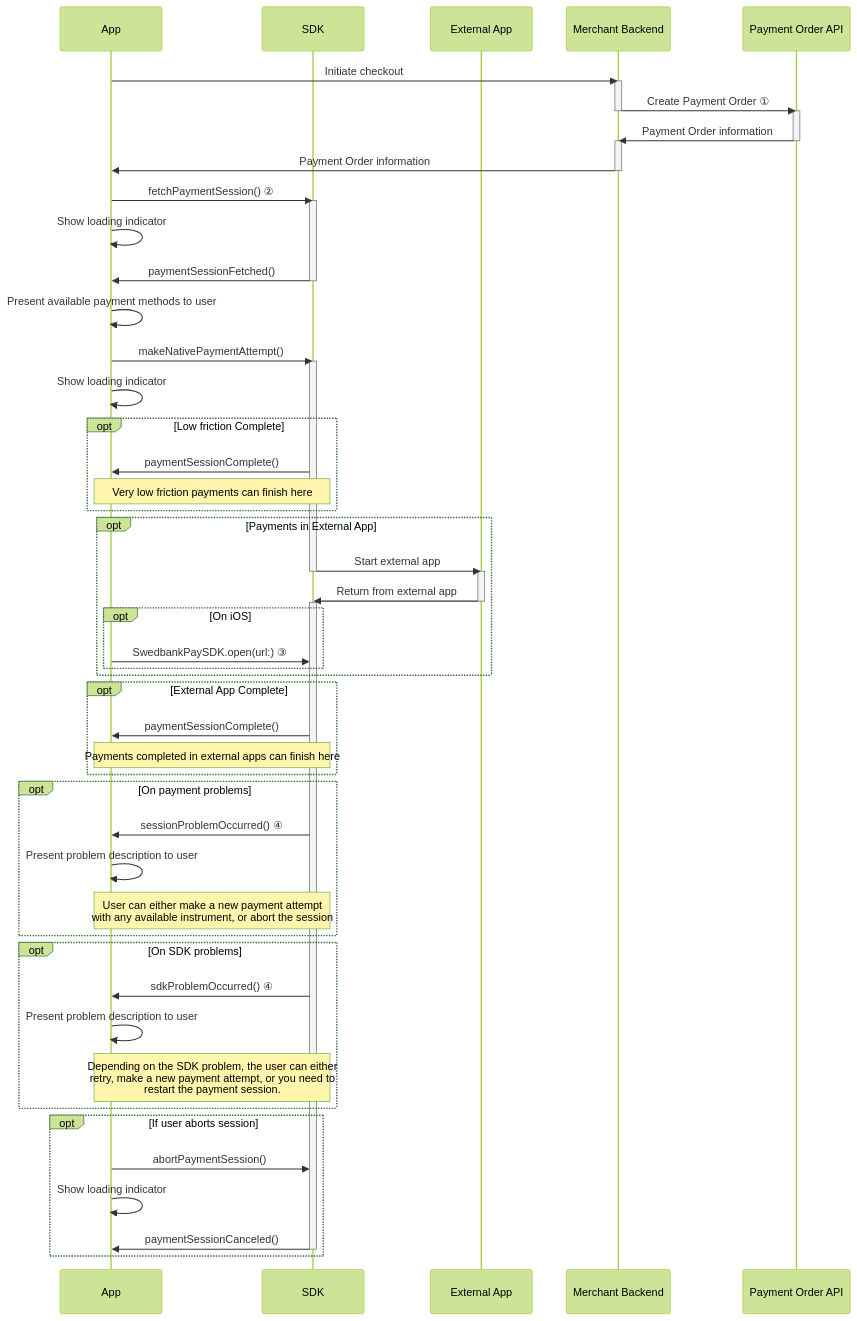
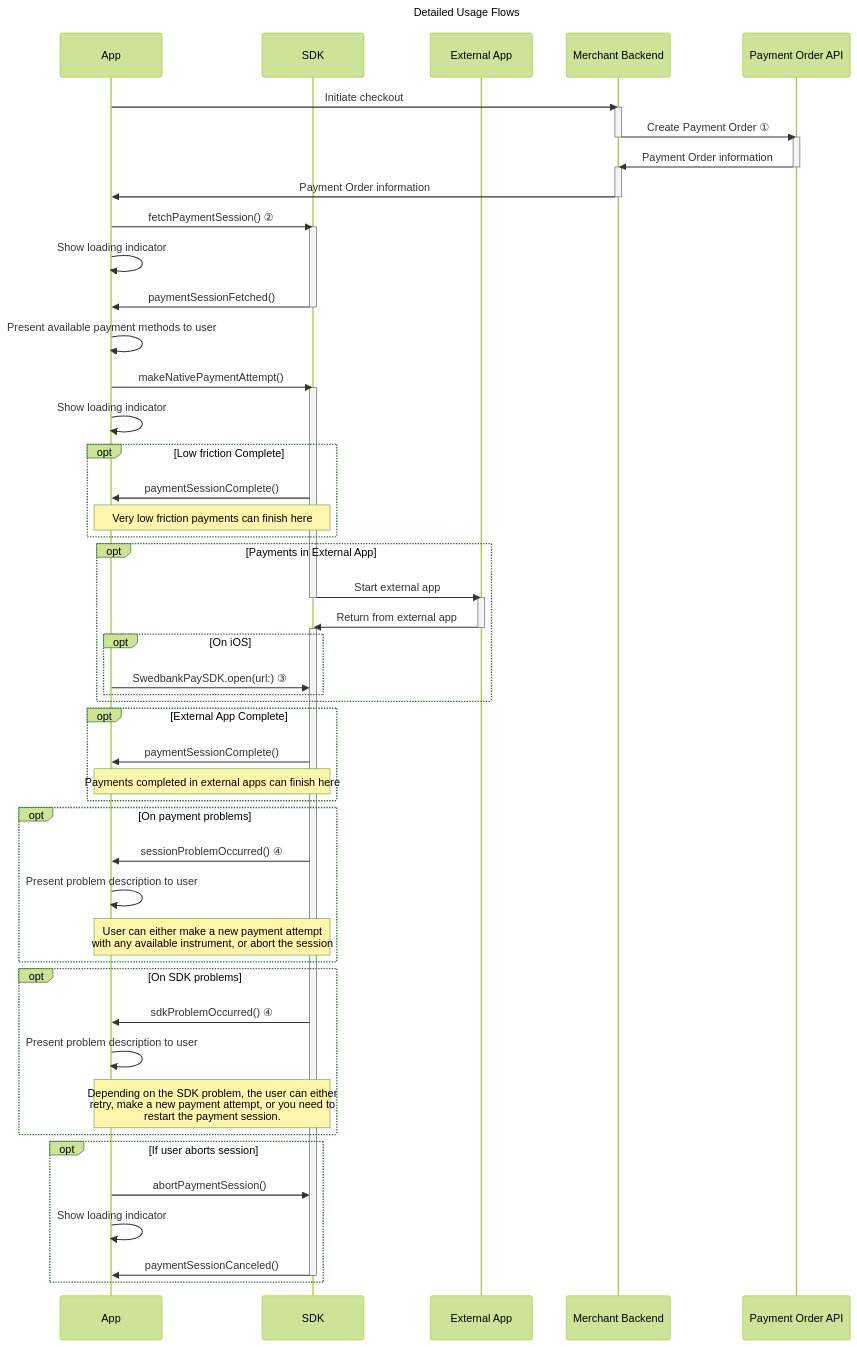
Before and after one commit to SwedbankPay/developer.swedbankpay.com: the third of 4 diagrams in checkout-v3/modules-sdks/mobile-sdk/native-payments.md, drawn with Mermaid (forest theme). The commit also changed other lines of this file and 66 other files, not shown here.

Commit message:
Added titles in sequence diagrams

````diff
--- a/checkout-v3/modules-sdks/mobile-sdk/native-payments.md
+++ b/checkout-v3/modules-sdks/mobile-sdk/native-payments.md
@@ -1065,63 +1067,64 @@
 ```mermaid
 sequenceDiagram
+title: Detailed Usage Flows
     participant App
     participant SDK
     participant Ext as External App
     participant Backend as Merchant Backend
     participant SWP as Payment Order API
 
     App ->> Backend: Initiate checkout
     activate Backend
     Backend ->> SWP: Create Payment Order ①
     deactivate Backend
     activate SWP
     SWP ->> Backend: Payment Order information
     deactivate SWP
     activate Backend
     Backend ->> App: Payment Order information
     deactivate Backend
     App ->> SDK: fetchPaymentSession() ②
     activate SDK
     App ->> App: Show loading indicator
     SDK ->> App: paymentSessionFetched()
     deactivate SDK
     App ->> App: Present available payment methods to user
     App ->> SDK: makeNativePaymentAttempt()
     activate SDK
     App ->> App: Show loading indicator
     opt Low friction Complete
         SDK ->> App: paymentSessionComplete()
         note over SDK, App: Very low friction payments can finish here
     end
     opt Payments in External App
         SDK ->> Ext: Start external app
         deactivate SDK
         activate Ext
         Ext ->> SDK: Return from external app
         deactivate Ext
         activate SDK
         opt On iOS
             App ->> SDK: SwedbankPaySDK.open(url:) ③
         end
     end
     opt External App Complete
         SDK ->> App: paymentSessionComplete()
         note over SDK, App: Payments completed in external apps can finish here
     end
     opt On payment problems
         SDK ->> App: sessionProblemOccurred() ④
         App ->> App: Present problem description to user
         note over SDK, App: User can either make a new payment attempt<br/>with any available instrument, or abort the session
     end
     opt On SDK problems
         SDK ->> App: sdkProblemOccurred() ④
         App ->> App: Present problem description to user
         note over SDK, App: Depending on the SDK problem, the user can either<br/>retry, make a new payment attempt, or you need to<br/>restart the payment session.
     end
     opt If user aborts session
         App ->> SDK: abortPaymentSession()
         App ->> App: Show loading indicator
         SDK ->> App: paymentSessionCanceled()
         deactivate SDK
     end
 ```
````
